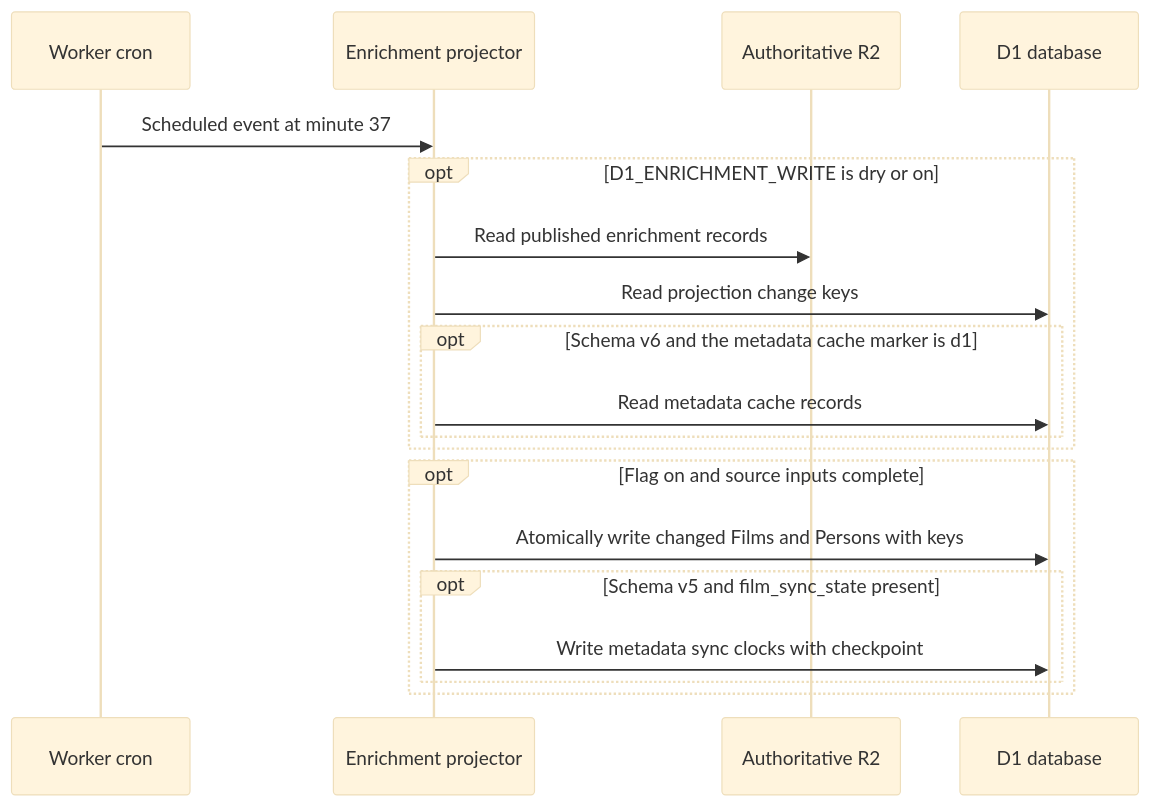
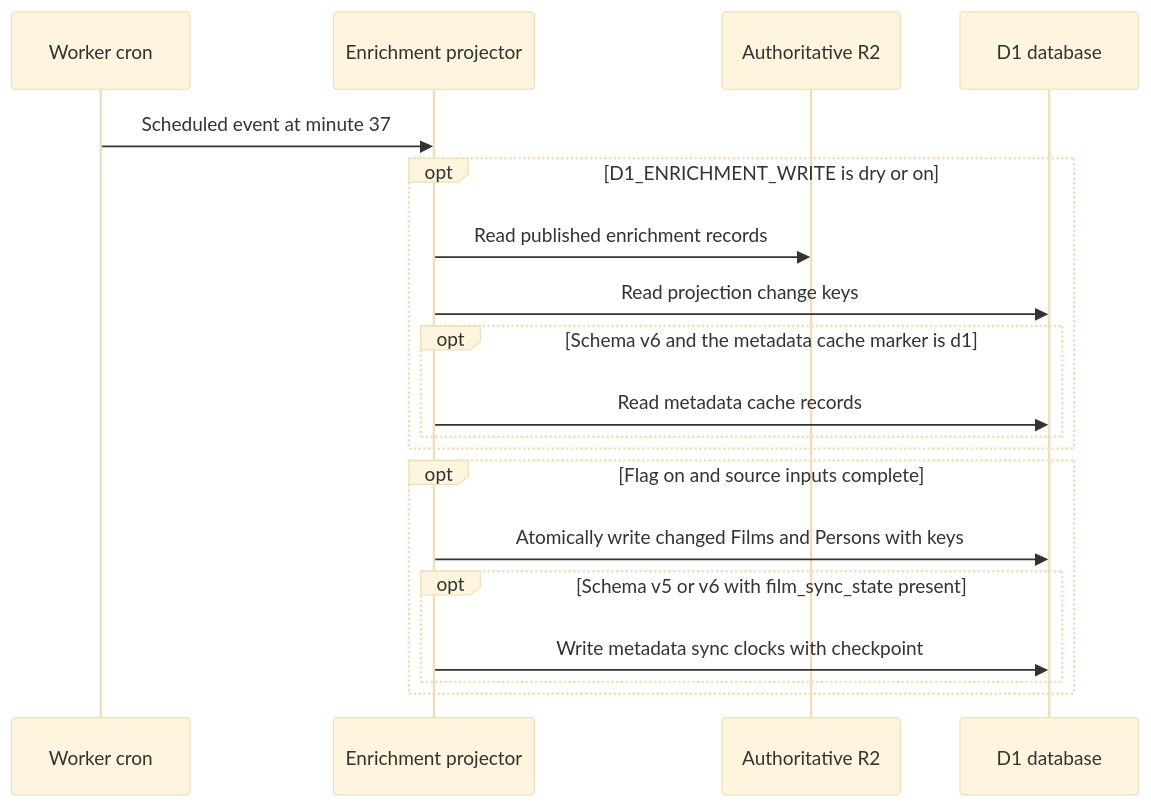
One commit to vladimino/iptv-watchlist changed the fourth of 6 diagrams in docs/architecture/scheduling-and-orchestration.md. Above: the diagram before and after it, drawn with Mermaid (base theme).

Commit message:
docs: clarify v6 metadata sync clock projection in Mermaid

````diff
--- a/docs/architecture/scheduling-and-orchestration.md
+++ b/docs/architecture/scheduling-and-orchestration.md
@@ -110,21 +110,21 @@
 ```mermaid
 sequenceDiagram
     participant Cron as Worker cron
     participant Worker as Enrichment projector
     participant R2 as Authoritative R2
     participant D1 as D1 database
     Cron->>Worker: Scheduled event at minute 37
     opt D1_ENRICHMENT_WRITE is dry or on
         Worker->>R2: Read published enrichment records
         Worker->>D1: Read projection change keys
         opt Schema v6 and the metadata cache marker is d1
             Worker->>D1: Read metadata cache records
         end
     end
     opt Flag on and source inputs complete
         Worker->>D1: Atomically write changed Films and Persons with keys
-        opt Schema v5 and film_sync_state present
+        opt Schema v5 or v6 with film_sync_state present
             Worker->>D1: Write metadata sync clocks with checkpoint
         end
     end
 ```
````
